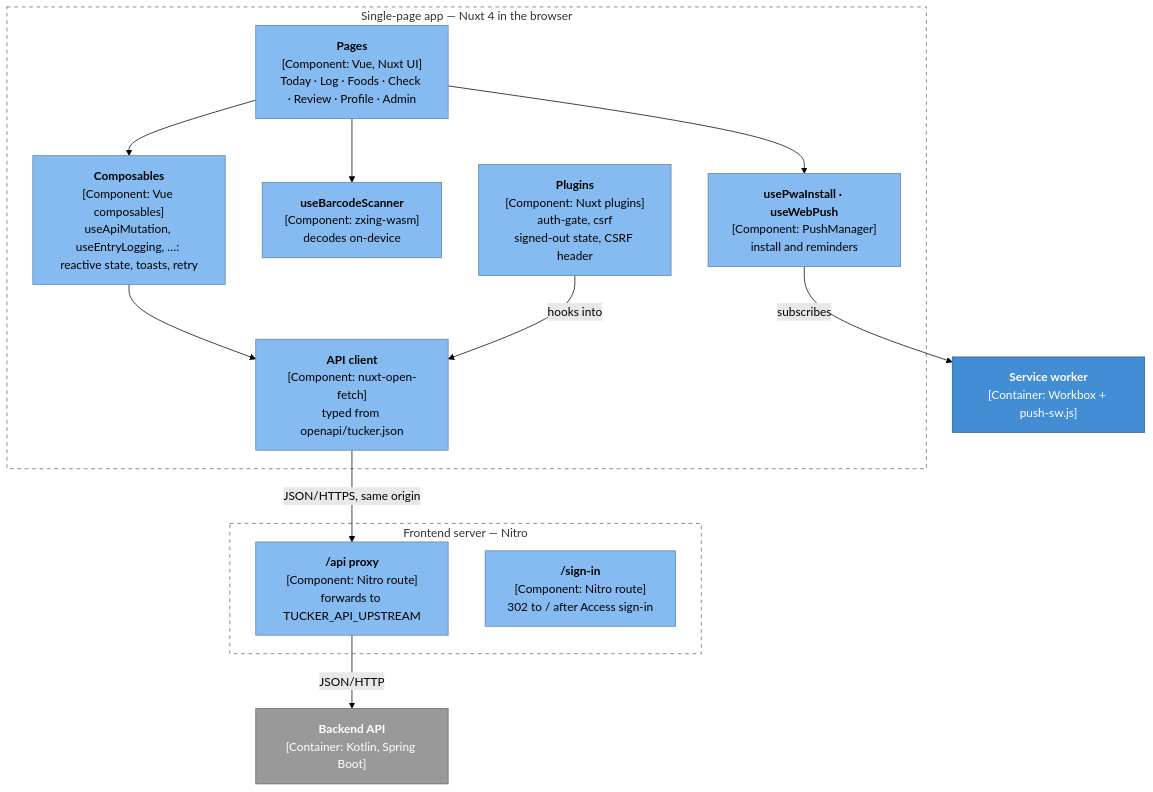
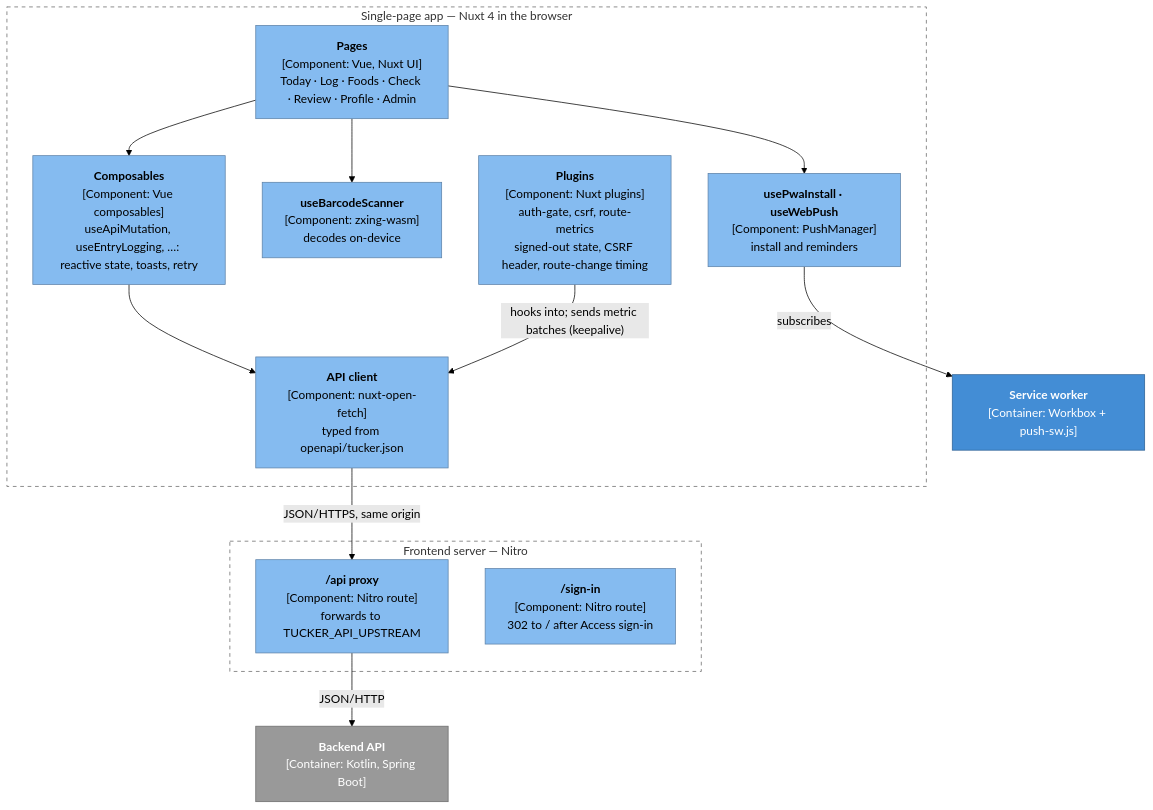
Before and after one commit to skrymer/tucker: the eighth of 10 diagrams in docs/architecture.md, drawn with Mermaid (forest theme). The commit also changed other lines of this file and 52 other files, not shown here.

````diff
--- a/docs/architecture.md
+++ b/docs/architecture.md
@@ -339,33 +340,33 @@
 ```mermaid
 flowchart TD
   subgraph spa["Single-page app — Nuxt 4 in the browser"]
     pages["<b>Pages</b><br/>[Component: Vue, Nuxt UI]<br/>Today · Log · Foods · Check · Review · Profile · Admin"]:::component
     composables["<b>Composables</b><br/>[Component: Vue composables]<br/>useApiMutation, useEntryLogging, …: reactive state, toasts, retry"]:::component
     scanner["<b>useBarcodeScanner</b><br/>[Component: zxing-wasm]<br/>decodes on-device"]:::component
     pwa["<b>usePwaInstall · useWebPush</b><br/>[Component: PushManager]<br/>install and reminders"]:::component
-    plugins["<b>Plugins</b><br/>[Component: Nuxt plugins]<br/>auth-gate, csrf<br/>signed-out state, CSRF header"]:::component
+    plugins["<b>Plugins</b><br/>[Component: Nuxt plugins]<br/>auth-gate, csrf, route-metrics<br/>signed-out state, CSRF header, route-change timing"]:::component
     client["<b>API client</b><br/>[Component: nuxt-open-fetch]<br/>typed from openapi/tucker.json"]:::component
   end
   sw["<b>Service worker</b><br/>[Container: Workbox + push-sw.js]"]:::container
 
   subgraph nitro["Frontend server — Nitro"]
     proxy["<b>/api proxy</b><br/>[Component: Nitro route]<br/>forwards to TUCKER_API_UPSTREAM"]:::component
     signin["<b>/sign-in</b><br/>[Component: Nitro route]<br/>302 to / after Access sign-in"]:::component
   end
   api["<b>Backend API</b><br/>[Container: Kotlin, Spring Boot]"]:::ext
 
   pages --> composables
   pages --> scanner
   pages --> pwa
   composables --> client
-  plugins -- "hooks into" --> client
+  plugins -- "hooks into; sends metric batches (keepalive)" --> client
   client -- "JSON/HTTPS, same origin" --> proxy
   proxy -- "JSON/HTTP" --> api
   pwa -- "subscribes" --> sw
 
   classDef component fill:#85bbf0,color:#000,stroke:#5d82a8
   classDef container fill:#438dd5,color:#fff,stroke:#2e6295
   classDef ext fill:#999,color:#fff,stroke:#6b6b6b
   style spa fill:none,stroke:#666,stroke-dasharray:5 5
   style nitro fill:none,stroke:#666,stroke-dasharray:5 5
 ```
````
